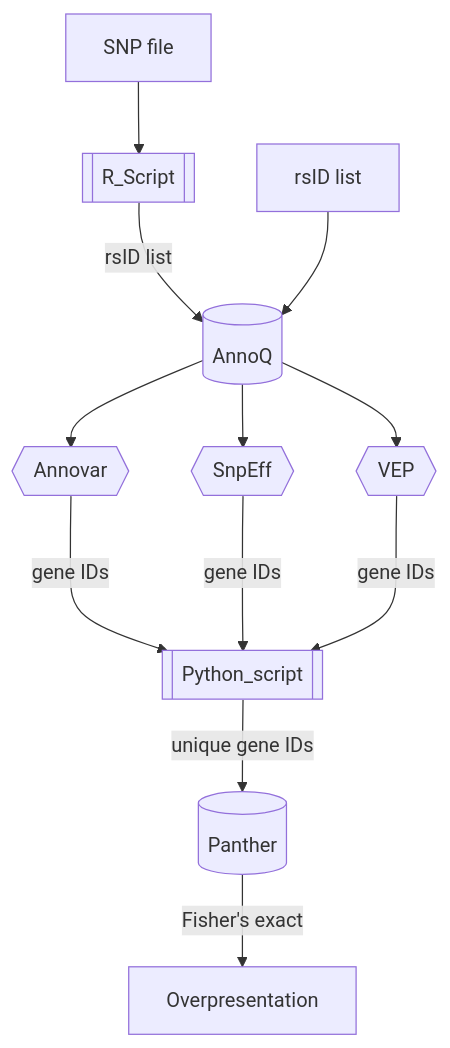
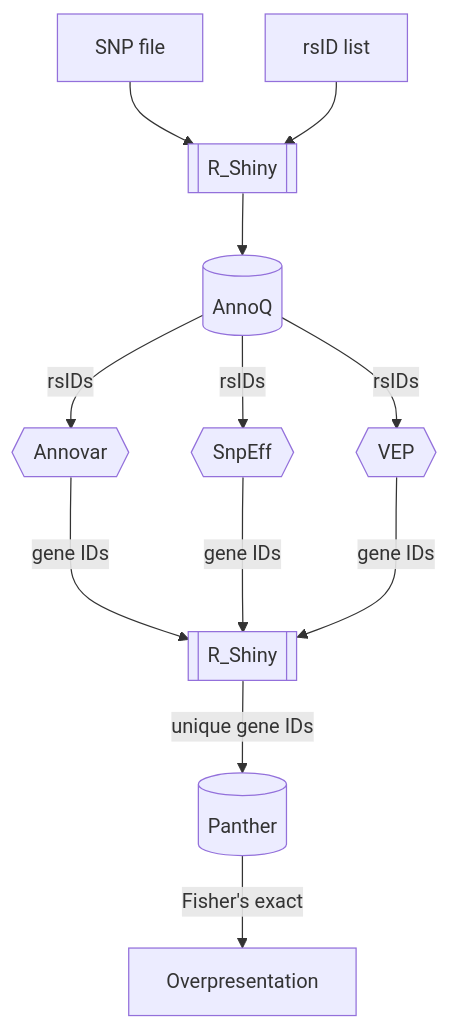
Before and after one commit to quemeb/From_SNP_to_overrepresentation: the diagram in README.md, drawn with Mermaid.

````diff
--- a/README.md
+++ b/README.md
@@ -5,15 +5,15 @@
 ```mermaid
 flowchart TD
 
-A[SNP file] --> B[[R_Script]]
-B --> |rsID list| C[(AnnoQ)]
-Z[rsID list] --> C
-C --> D{{Annovar}} & E{{SnpEff}} & F{{VEP}}
-D & E & F ---> |gene IDs| G[[Python_script]] 
+A[SNP file] --> B[[R_Shiny]]
+B --> C[(AnnoQ)]
+Z[rsID list] --> B
+C --> |rsIDs| D{{Annovar}} & E{{SnpEff}} & F{{VEP}}
+D & E & F ---> |gene IDs| G[[R_Shiny]] 
 G --> |unique gene IDs| H[(Panther)]
 H --> |Fisher's exact|I[Overpresentation]
 
 click C "http://annoq.org/" _blank
 click H "http://pantherdb.org/" _blank
 
 ```
````
